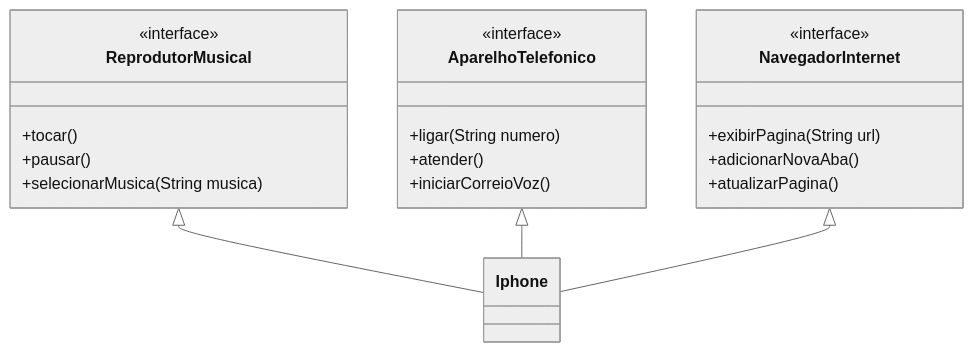
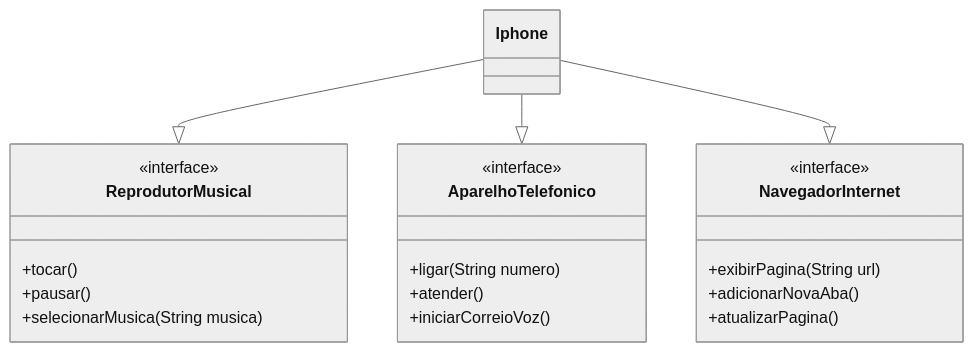
Before and after one commit to thazsobral/desafio-poo-iphone: the diagram in IPhone/README.md, drawn with Mermaid (neutral theme).

Commit message:
modified:   IPhone/README.md

````diff
--- a/IPhone/README.md
+++ b/IPhone/README.md
@@ -3,31 +3,31 @@
 ```mermaid
     classDiagram
-        direction BT
+        direction TB
 
         class ReprodutorMusical {
             <<interface>>
             +tocar()
             +pausar()
             +selecionarMusica(String musica)
         }
 
         class AparelhoTelefonico {
             <<interface>>
             +ligar(String numero)
             +atender()
             +iniciarCorreioVoz()
         }
 
         class NavegadorInternet {
             <<interface>>
             +exibirPagina(String url)
             +adicionarNovaAba()
             +atualizarPagina()
         }
 
         class Iphone
 
         Iphone --|> ReprodutorMusical
         Iphone --|> AparelhoTelefonico
         Iphone --|> NavegadorInternet
 ```
````
